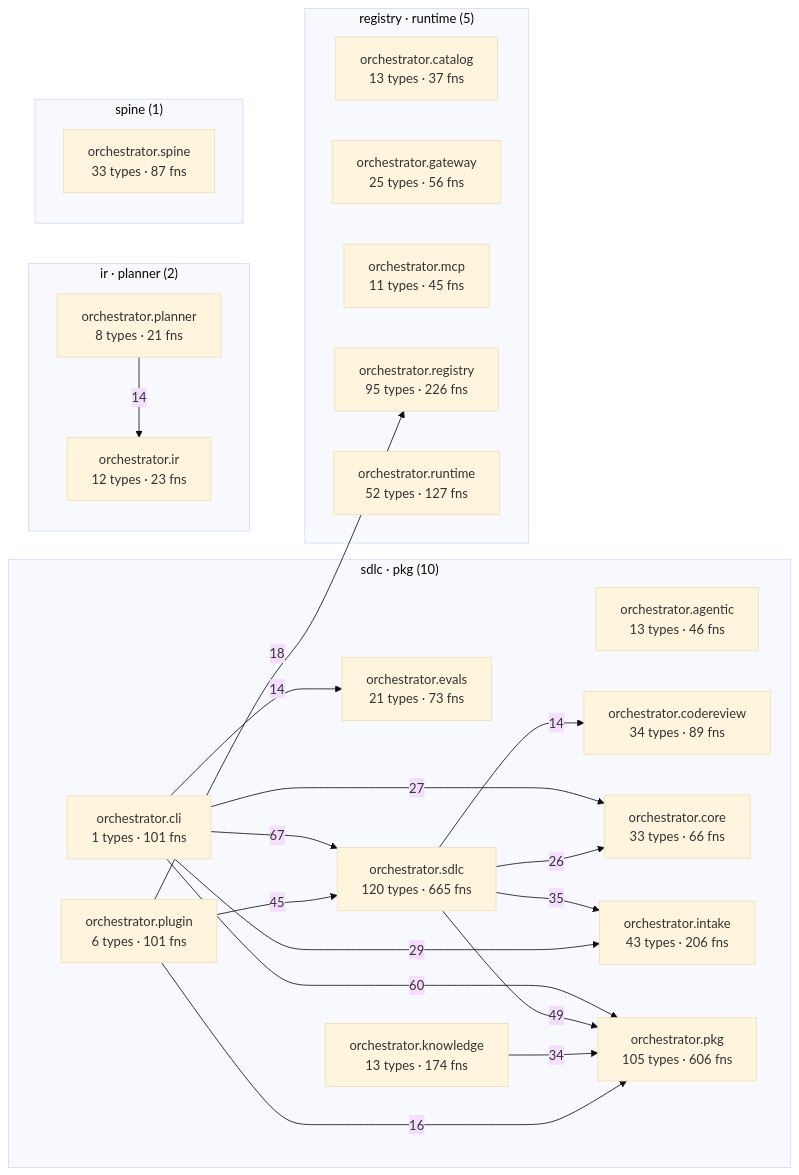
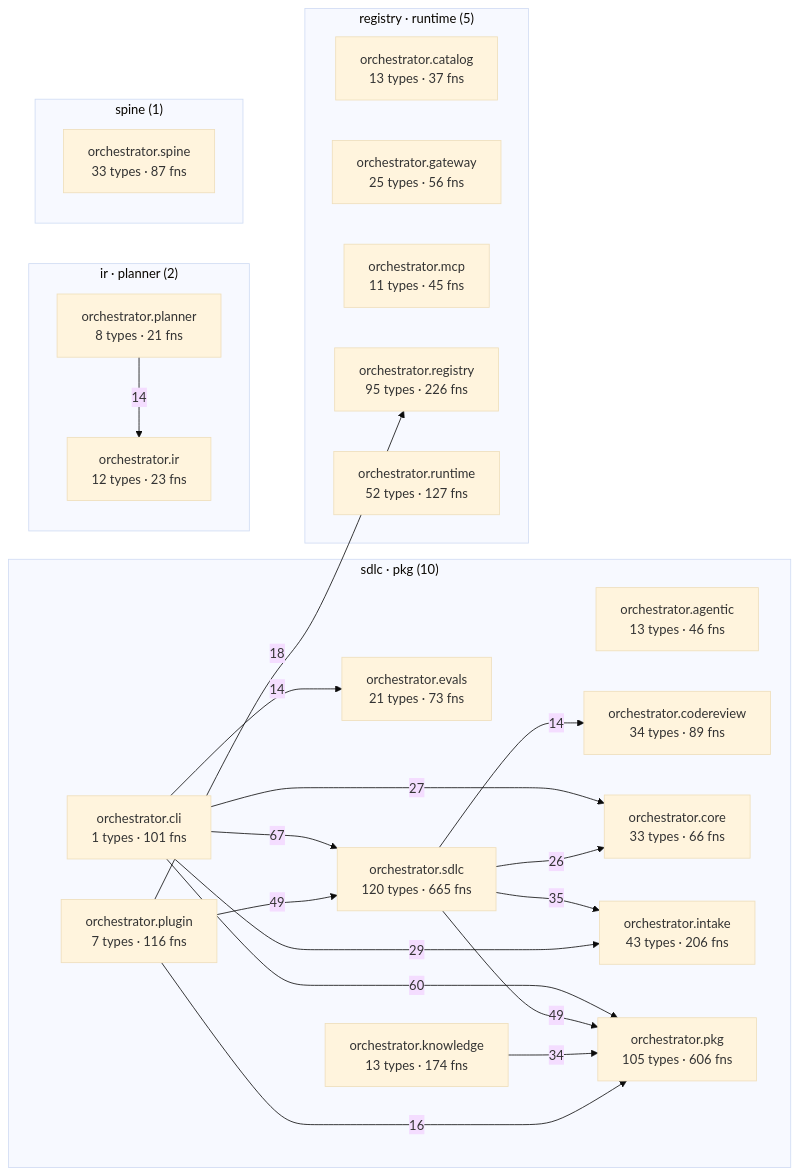
One commit to synaptixs/spine changed the diagram in episteme/architecture.md. Above: the diagram before and after it, drawn with Mermaid (base theme). The commit also changed other lines of this file and 17 other files, not shown here.

````diff
--- a/episteme/architecture.md
+++ b/episteme/architecture.md
@@ -54,43 +54,43 @@
 ```mermaid
 flowchart LR
   subgraph c_2["sdlc · pkg (10)"]
     aorchestratoragentic["orchestrator.agentic<br/>13 types · 46 fns"]
     aorchestratorcli["orchestrator.cli<br/>1 types · 101 fns"]
     aorchestratorcodereview["orchestrator.codereview<br/>34 types · 89 fns"]
     aorchestratorcore["orchestrator.core<br/>33 types · 66 fns"]
     aorchestratorevals["orchestrator.evals<br/>21 types · 73 fns"]
     aorchestratorintake["orchestrator.intake<br/>43 types · 206 fns"]
     aorchestratorknowledge["orchestrator.knowledge<br/>13 types · 174 fns"]
     aorchestratorpkg["orchestrator.pkg<br/>105 types · 606 fns"]
-    aorchestratorplugin["orchestrator.plugin<br/>6 types · 101 fns"]
+    aorchestratorplugin["orchestrator.plugin<br/>7 types · 116 fns"]
     aorchestratorsdlc["orchestrator.sdlc<br/>120 types · 665 fns"]
   end
   subgraph c_4["registry · runtime (5)"]
     aorchestratorcatalog["orchestrator.catalog<br/>13 types · 37 fns"]
     aorchestratorgateway["orchestrator.gateway<br/>25 types · 56 fns"]
     aorchestratormcp["orchestrator.mcp<br/>11 types · 45 fns"]
     aorchestratorregistry["orchestrator.registry<br/>95 types · 226 fns"]
     aorchestratorruntime["orchestrator.runtime<br/>52 types · 127 fns"]
   end
   subgraph c_7["ir · planner (2)"]
     aorchestratorir["orchestrator.ir<br/>12 types · 23 fns"]
     aorchestratorplanner["orchestrator.planner<br/>8 types · 21 fns"]
   end
   subgraph c_12["spine (1)"]
     aorchestratorspine["orchestrator.spine<br/>33 types · 87 fns"]
   end
   aorchestratorcli -->|67| aorchestratorsdlc
   aorchestratorcli -->|60| aorchestratorpkg
+  aorchestratorplugin -->|49| aorchestratorsdlc
   aorchestratorsdlc -->|49| aorchestratorpkg
-  aorchestratorplugin -->|45| aorchestratorsdlc
   aorchestratorsdlc -->|35| aorchestratorintake
   aorchestratorknowledge -->|34| aorchestratorpkg
   aorchestratorcli -->|29| aorchestratorintake
   aorchestratorcli -->|27| aorchestratorcore
   aorchestratorsdlc -->|26| aorchestratorcore
   aorchestratorplugin -->|18| aorchestratorregistry
   aorchestratorplugin -->|16| aorchestratorpkg
   aorchestratorcli -->|14| aorchestratorevals
   aorchestratorplanner -->|14| aorchestratorir
   aorchestratorsdlc -->|14| aorchestratorcodereview
 ```
````
